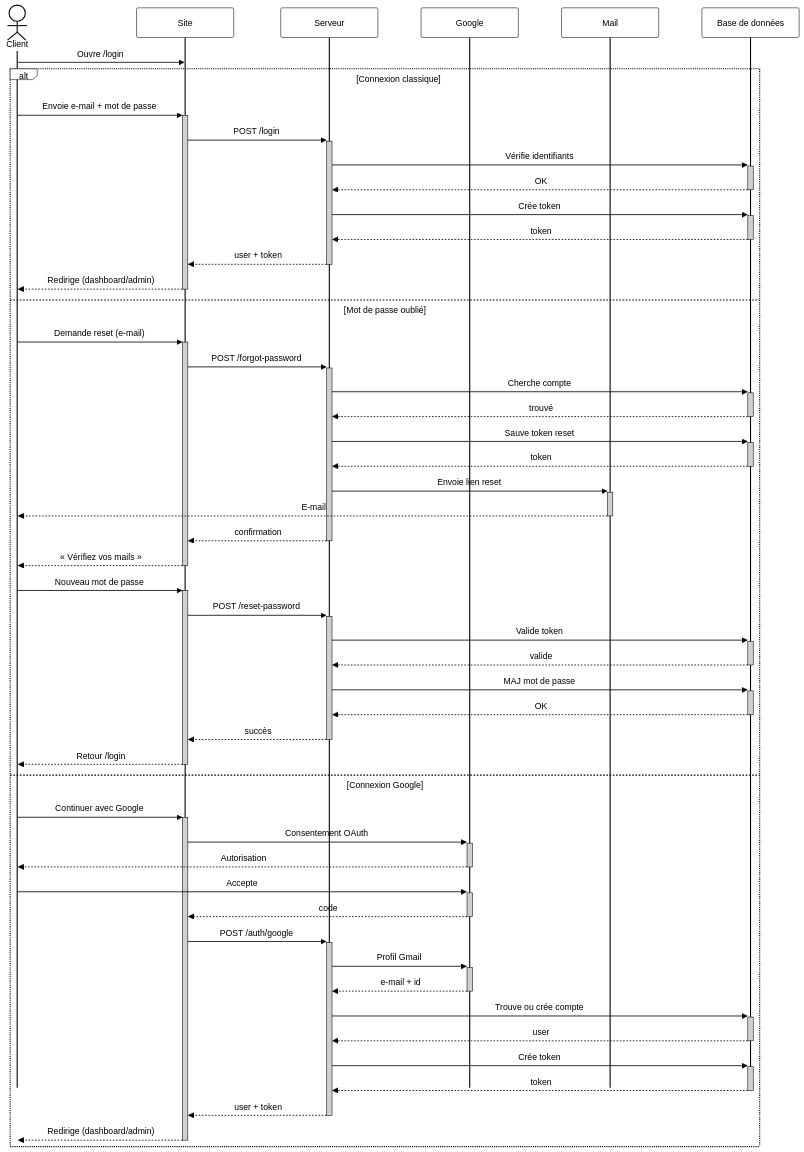
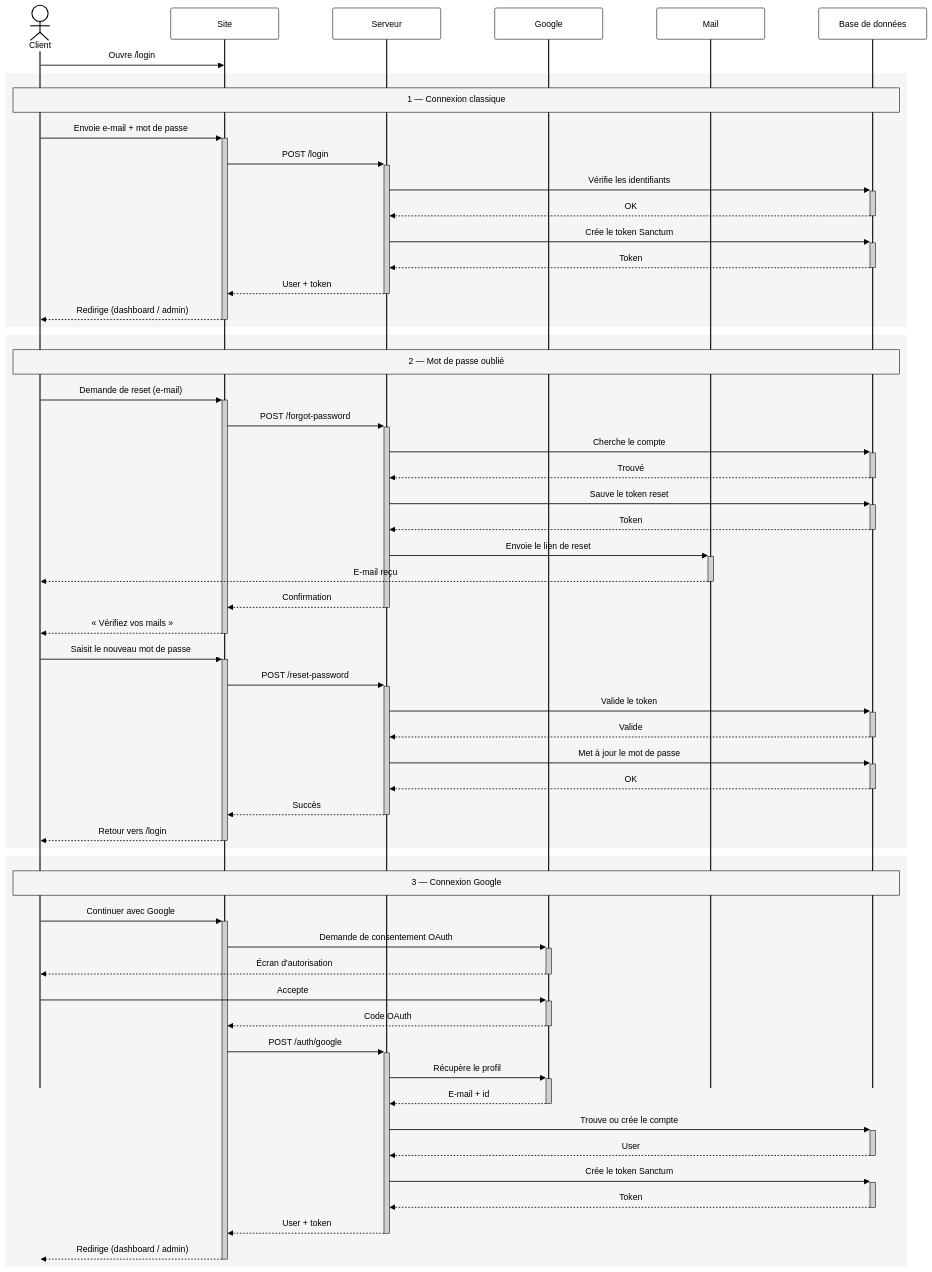
The diagram in conception/uml/05-sequence-login.mmd (YassineToumy/rentvly), drawn with Mermaid before and after one commit. The commit also changed 69 other files, not shown here.

```diff
--- a/conception/uml/05-sequence-login.mmd
+++ b/conception/uml/05-sequence-login.mmd
@@ -1,112 +1,118 @@
-%% Diagramme de séquence — Authentification Rentvly
-%% Optimisé impression / Overleaf (contraste élevé, gros texte, labels courts)
-%% Export conseillé : SVG ou PNG 300 dpi (mermaid.live → Actions → PNG/SVG)
+%% Diagramme de séquence — Authentification / Login (Rentvly)
+%% Clair, textes gras — impression / Overleaf
+%% npx @mermaid-js/mermaid-cli -i conception/uml/05-sequence-login.mmd -o conception/uml/05-sequence-login.png -b white -s 3 -w 2600 -C conception/uml/sequence-print.css
 
 %%{init: {
   'theme': 'base',
   'themeVariables': {
     'fontFamily': 'Arial, Helvetica, sans-serif',
-    'fontSize': '20px',
+    'fontSize': '22px',
     'background': '#ffffff',
     'mainBkg': '#ffffff',
     'textColor': '#000000',
     'lineColor': '#000000',
     'primaryColor': '#ffffff',
     'primaryTextColor': '#000000',
     'primaryBorderColor': '#000000',
     'secondaryColor': '#ffffff',
     'tertiaryColor': '#ffffff',
     'actorBkg': '#ffffff',
     'actorBorder': '#000000',
     'actorTextColor': '#000000',
     'actorLineColor': '#000000',
     'signalColor': '#000000',
     'signalTextColor': '#000000',
     'labelBoxBkgColor': '#ffffff',
     'labelBoxBorderColor': '#000000',
     'labelTextColor': '#000000',
     'loopTextColor': '#000000',
-    'noteBkgColor': '#ffffff',
+    'noteBkgColor': '#f5f5f5',
     'noteTextColor': '#000000',
     'noteBorderColor': '#000000',
     'activationBkgColor': '#d0d0d0',
     'activationBorderColor': '#000000',
     'sequenceNumberColor': '#ffffff'
   },
+  'themeCSS': 'text, tspan, .actor, .messageText, .noteText, .loopText, .labelText { font-weight: 700 !important; }',
   'sequence': {
-    'diagramMarginX': 40,
-    'diagramMarginY': 20,
-    'actorMargin': 80,
-    'width': 180,
-    'height': 55,
-    'boxMargin': 12,
-    'boxTextMargin': 8,
-    'noteMargin': 12,
-    'messageMargin': 45,
+    'diagramMarginX': 50,
+    'diagramMarginY': 24,
+    'actorMargin': 100,
+    'width': 200,
+    'height': 58,
+    'boxMargin': 14,
+    'boxTextMargin': 10,
+    'noteMargin': 14,
+    'messageMargin': 48,
     'mirrorActors': false,
-    'bottomMarginAdj': 10,
+    'bottomMarginAdj': 12,
     'useMaxWidth': false,
     'rightAngles': false,
     'showSequenceNumbers': false
   }
 }}%%
 
 sequenceDiagram
     actor C as Client
     participant S as Site
     participant W as Serveur
     participant G as Google
     participant M as Mail
     participant D as Base de données
 
     C->>S: Ouvre /login
 
-    alt Connexion classique
-        C->>+S: Envoie e-mail + mot de passe
-        S->>+W: POST /login
-        W->>+D: Vérifie identifiants
-        D-->>-W: OK
-        W->>+D: Crée token
-        D-->>-W: token
-        W-->>-S: user + token
-        S-->>-C: Redirige (dashboard/admin)
+    rect rgb(245, 245, 245)
+    Note over C,D: 1 — Connexion classique
+    C->>+S: Envoie e-mail + mot de passe
+    S->>+W: POST /login
+    W->>+D: Vérifie les identifiants
+    D-->>-W: OK
+    W->>+D: Crée le token Sanctum
+    D-->>-W: Token
+    W-->>-S: User + token
+    S-->>-C: Redirige (dashboard / admin)
+    end
 
-    else Mot de passe oublié
-        C->>+S: Demande reset (e-mail)
-        S->>+W: POST /forgot-password
-        W->>+D: Cherche compte
-        D-->>-W: trouvé
-        W->>+D: Sauve token reset
-        D-->>-W: token
-        W->>+M: Envoie lien reset
-        M-->>C: E-mail
-        deactivate M
-        W-->>-S: confirmation
-        S-->>-C: « Vérifiez vos mails »
+    rect rgb(245, 245, 245)
+    Note over C,D: 2 — Mot de passe oublié
+    C->>+S: Demande de reset (e-mail)
+    S->>+W: POST /forgot-password
+    W->>+D: Cherche le compte
+    D-->>-W: Trouvé
+    W->>+D: Sauve le token reset
+    D-->>-W: Token
+    W->>+M: Envoie le lien de reset
+    M-->>C: E-mail reçu
+    deactivate M
+    W-->>-S: Confirmation
+    S-->>-C: « Vérifiez vos mails »
 
-        C->>+S: Nouveau mot de passe
-        S->>+W: POST /reset-password
-        W->>+D: Valide token
-        D-->>-W: valide
-        W->>+D: MAJ mot de passe
-        D-->>-W: OK
-        W-->>-S: succès
-        S-->>-C: Retour /login
+    C->>+S: Saisit le nouveau mot de passe
+    S->>+W: POST /reset-password
+    W->>+D: Valide le token
+    D-->>-W: Valide
+    W->>+D: Met à jour le mot de passe
+    D-->>-W: OK
+    W-->>-S: Succès
+    S-->>-C: Retour vers /login
+    end
 
-    else Connexion Google
-        C->>+S: Continuer avec Google
-        S->>+G: Consentement OAuth
-        G-->>C: Autorisation
-        deactivate G
-        C->>+G: Accepte
-        G-->>-S: code
-        S->>+W: POST /auth/google
-        W->>+G: Profil Gmail
-        G-->>-W: e-mail + id
-        W->>+D: Trouve ou crée compte
-        D-->>-W: user
-        W->>+D: Crée token
-        D-->>-W: token
-        W-->>-S: user + token
-        S-->>-C: Redirige (dashboard/admin)
+    rect rgb(245, 245, 245)
+    Note over C,D: 3 — Connexion Google
+    C->>+S: Continuer avec Google
+    S->>+G: Demande de consentement OAuth
+    G-->>C: Écran d'autorisation
+    deactivate G
+    C->>+G: Accepte
+    G-->>-S: Code OAuth
+    S->>+W: POST /auth/google
+    W->>+G: Récupère le profil
+    G-->>-W: E-mail + id
+    W->>+D: Trouve ou crée le compte
+    D-->>-W: User
+    W->>+D: Crée le token Sanctum
+    D-->>-W: Token
+    W-->>-S: User + token
+    S-->>-C: Redirige (dashboard / admin)
     end
```
